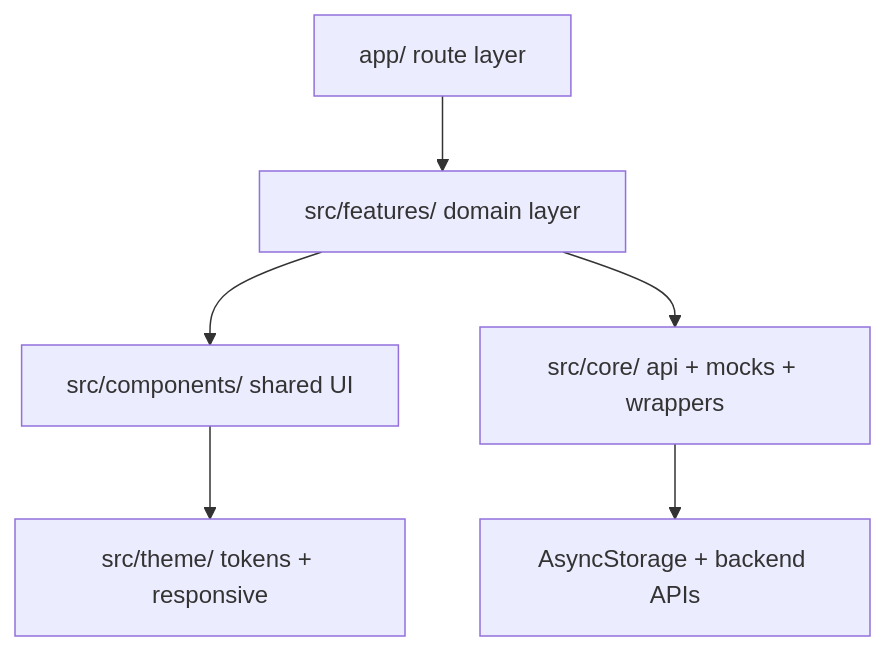
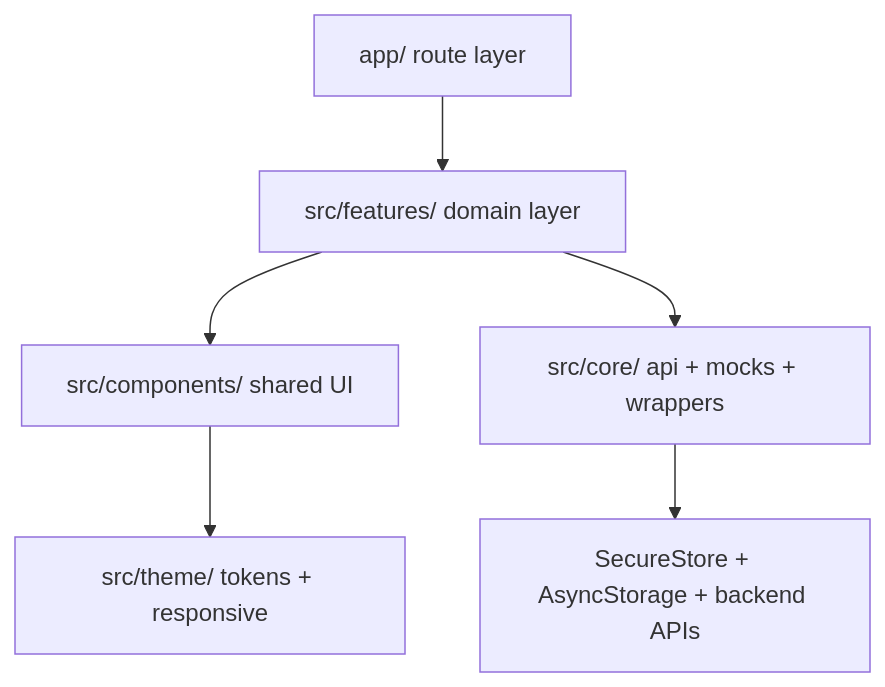
Before and after one commit to sociedu-tech/sociedu-mobile: the diagram in docs/ARCHITECTURE.md, drawn with Mermaid. The commit also changed other lines of this file and 37 other files, not shown here.

````diff
--- a/docs/ARCHITECTURE.md
+++ b/docs/ARCHITECTURE.md
@@ -90,8 +91,8 @@
 ```mermaid
 graph TD
     A["app/ route layer"] --> B["src/features/ domain layer"]
     B --> C["src/components/ shared UI"]
     B --> D["src/core/ api + mocks + wrappers"]
     C --> E["src/theme/ tokens + responsive"]
-    D --> F["AsyncStorage + backend APIs"]
+    D --> F["SecureStore + AsyncStorage + backend APIs"]
 ```
````
